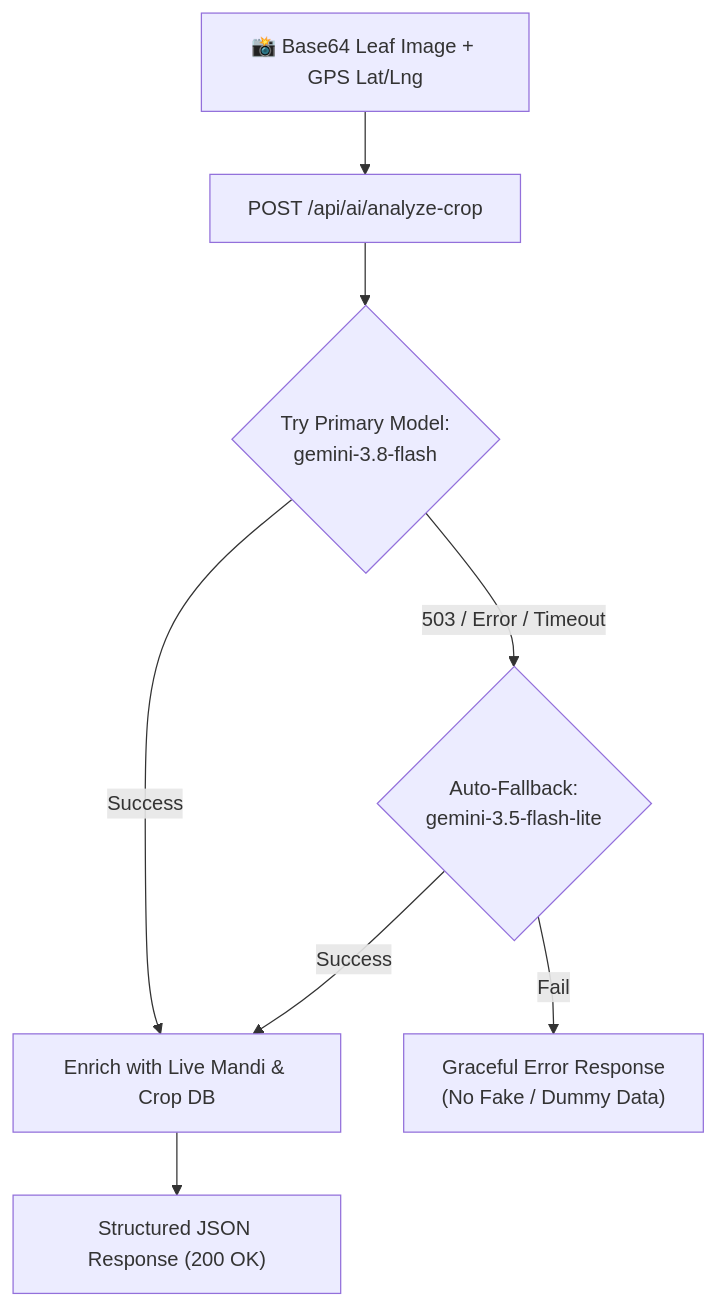
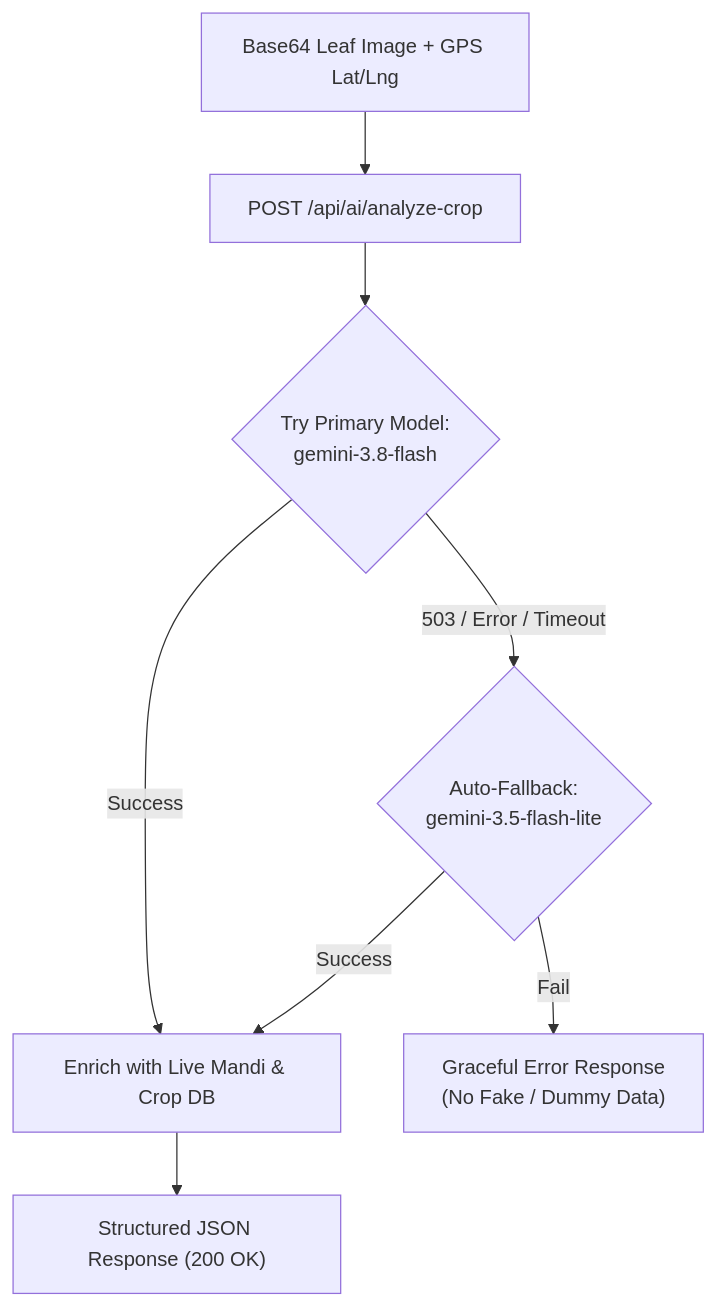
The first of 2 diagrams in WEB_APP_STRUCTURE.md (Xcoder-69/HACKFORGE), drawn with Mermaid before and after one commit. The commit also changed 1 other file, not shown here.

Commit message:
docs: remove all emojis from README.md and WEB_APP_STRUCTURE.md for formal judge review

````diff
--- a/WEB_APP_STRUCTURE.md
+++ b/WEB_APP_STRUCTURE.md
@@ -30,13 +30,13 @@
 ```mermaid
 flowchart TD
-    Img["📸 Base64 Leaf Image + GPS Lat/Lng"] --> Endpoint["POST /api/ai/analyze-crop"]
+    Img["Base64 Leaf Image + GPS Lat/Lng"] --> Endpoint["POST /api/ai/analyze-crop"]
     Endpoint --> Primary{"Try Primary Model:<br>gemini-3.8-flash"}
     
     Primary -->|Success| MandiLookup["Enrich with Live Mandi & Crop DB"]
     Primary -->|503 / Error / Timeout| Fallback{"Auto-Fallback:<br>gemini-3.5-flash-lite"}
     
     Fallback -->|Success| MandiLookup
     Fallback -->|Fail| SafeError["Graceful Error Response<br>(No Fake / Dummy Data)"]
     
     MandiLookup --> Response["Structured JSON Response (200 OK)"]
 ```
````
